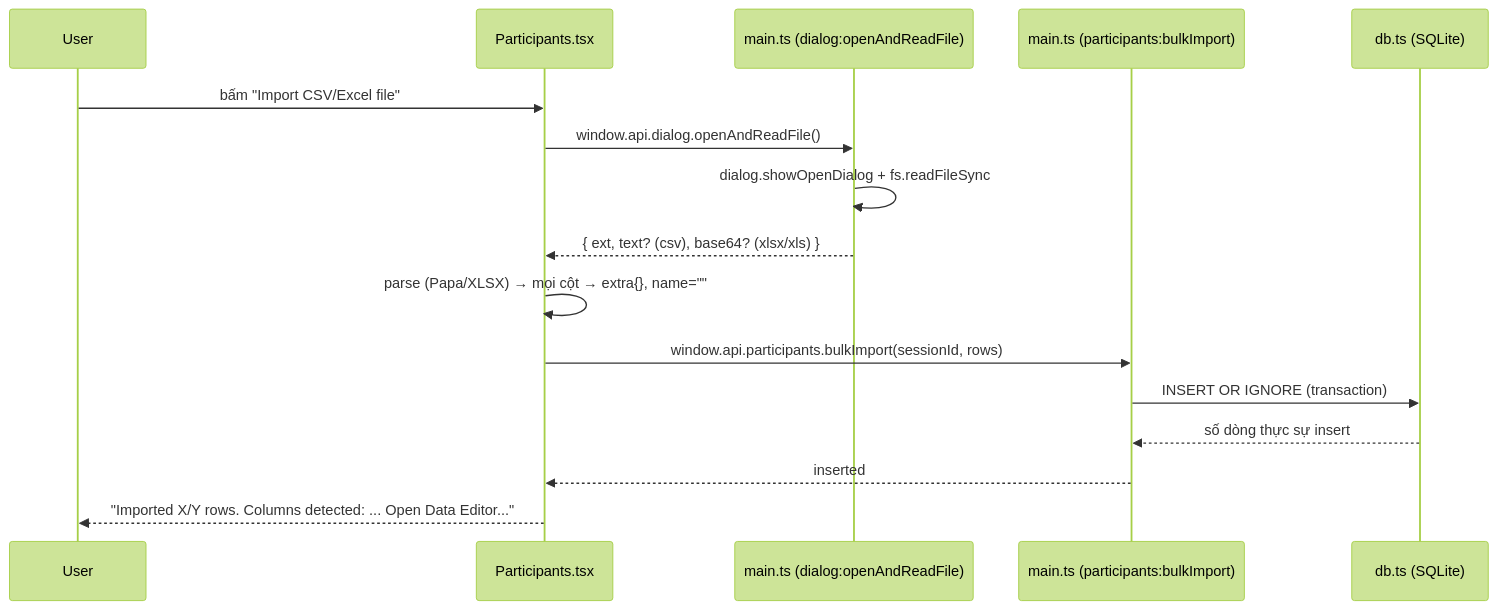
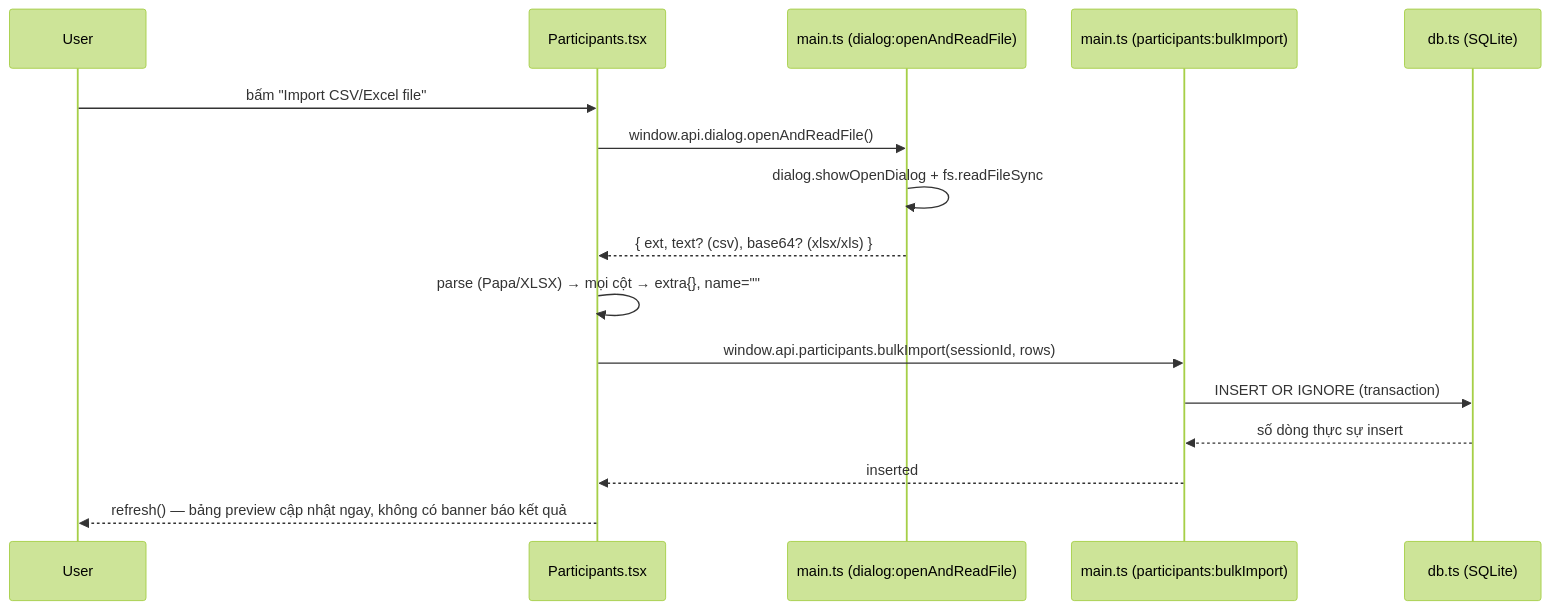
One commit to nhatquang-nguyen-129/display_lucky_draw changed the diagram in docs/participants/import.md. Above: the diagram before and after it, drawn with Mermaid (forest theme). The commit also changed other lines of this file and 10 other files, not shown here.

First line of the commit message:
Clean up Participants/TabBar UI, rework dedup preview as a table, fix Data Type persistence, add Present Mode fullscreen toggle

````diff
--- a/docs/participants/import.md
+++ b/docs/participants/import.md
@@ -17,19 +17,19 @@
 ```mermaid
 sequenceDiagram
   participant User
   participant Participants.tsx
   participant Main as main.ts (dialog:openAndReadFile)
   participant BulkImport as main.ts (participants:bulkImport)
   participant DB as db.ts (SQLite)
 
   User->>Participants.tsx: bấm "Import CSV/Excel file"
   Participants.tsx->>Main: window.api.dialog.openAndReadFile()
   Main->>Main: dialog.showOpenDialog + fs.readFileSync
   Main-->>Participants.tsx: { ext, text? (csv), base64? (xlsx/xls) }
   Participants.tsx->>Participants.tsx: parse (Papa/XLSX) → mọi cột → extra{}, name=""
   Participants.tsx->>BulkImport: window.api.participants.bulkImport(sessionId, rows)
   BulkImport->>DB: INSERT OR IGNORE (transaction)
   DB-->>BulkImport: số dòng thực sự insert
   BulkImport-->>Participants.tsx: inserted
-  Participants.tsx-->>User: "Imported X/Y rows. Columns detected: ... Open Data Editor..."
+  Participants.tsx-->>User: refresh() — bảng preview cập nhật ngay, không có banner báo kết quả
 ```
````
